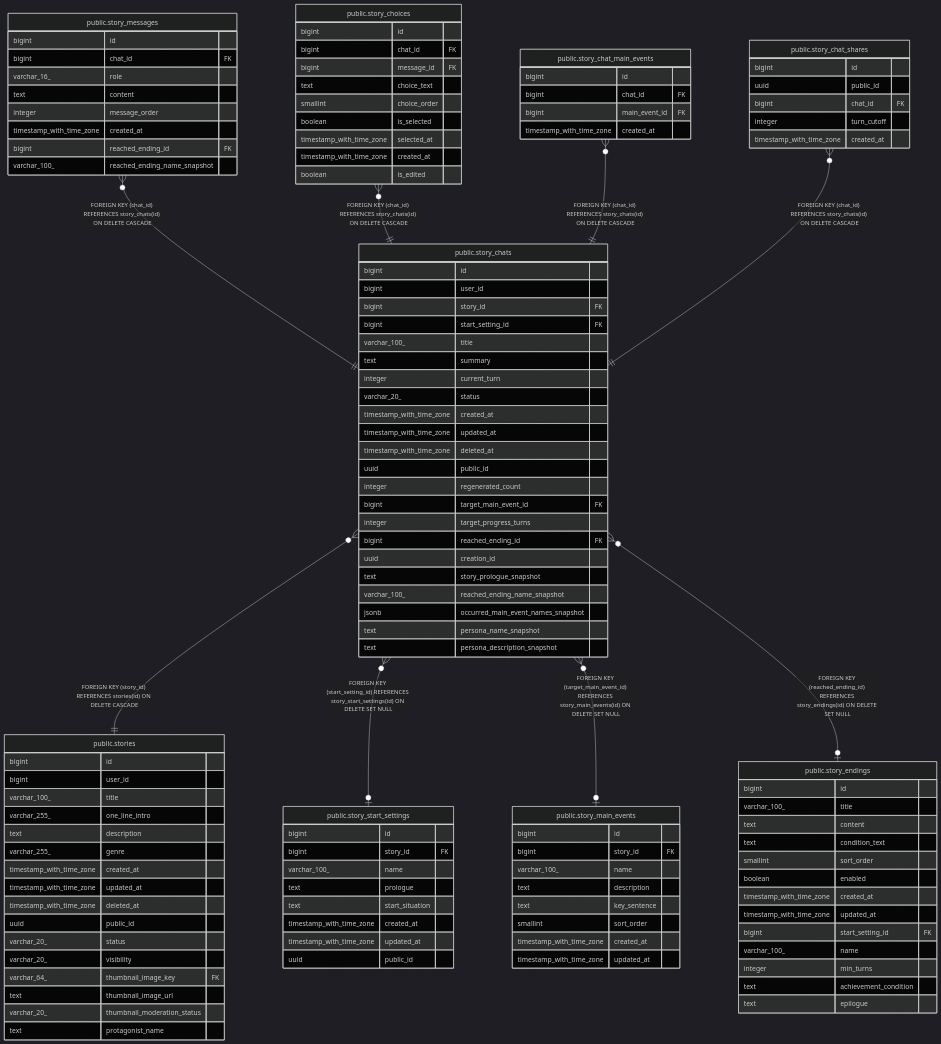
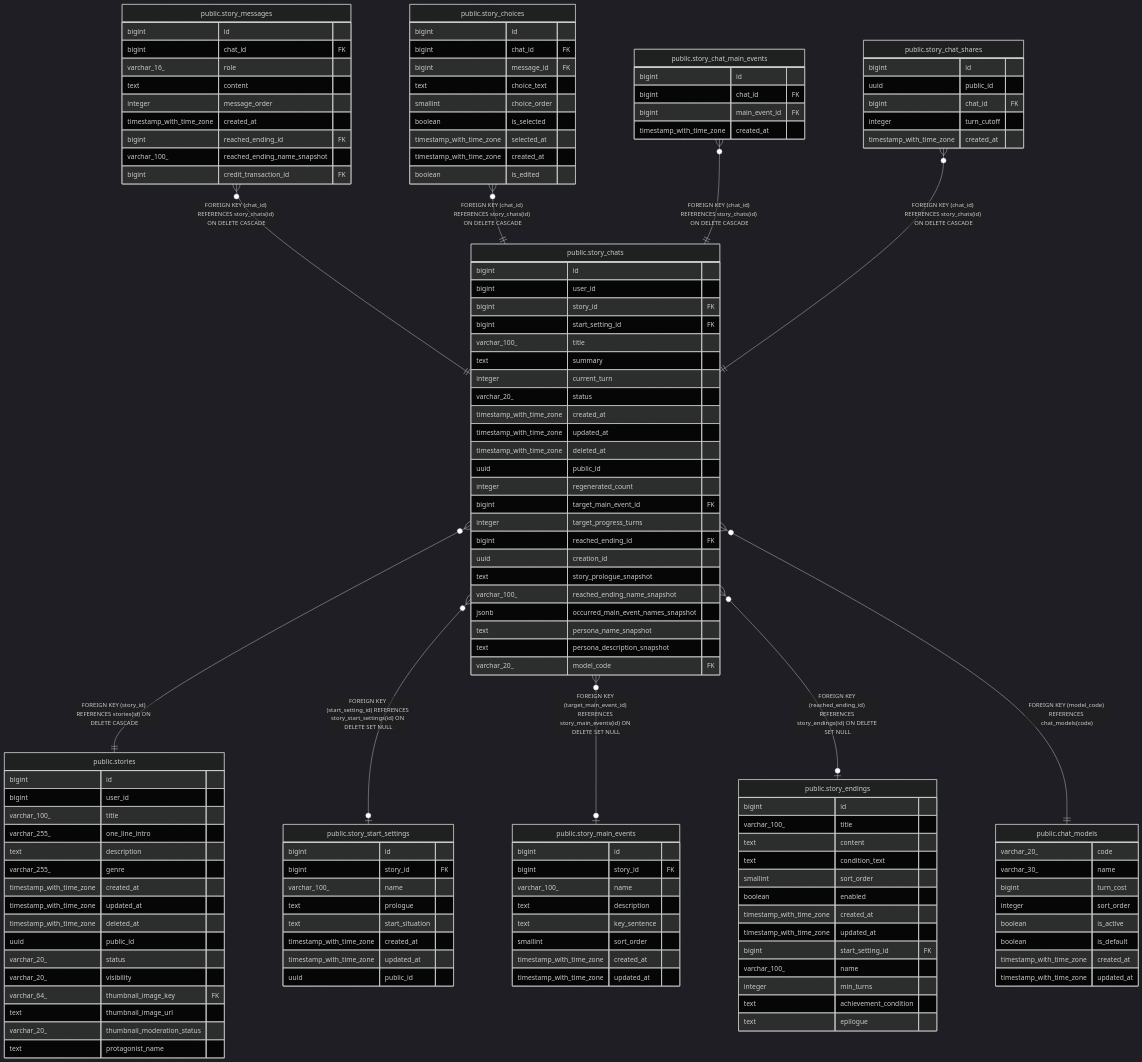
The diagram in dbdoc/public.story_chats.md (KIM-N-KANG/manyak-server), drawn with Mermaid (dark theme) before and after one commit. The commit also changed other lines of this file and 70 other files, not shown here.

````diff
--- a/dbdoc/public.story_chats.md
+++ b/dbdoc/public.story_chats.md
@@ -68,6 +70,7 @@
 "public.story_chats" }o--o| "public.story_start_settings" : "FOREIGN KEY (start_setting_id) REFERENCES story_start_settings(id) ON DELETE SET NULL"
 "public.story_chats" }o--o| "public.story_main_events" : "FOREIGN KEY (target_main_event_id) REFERENCES story_main_events(id) ON DELETE SET NULL"
 "public.story_chats" }o--o| "public.story_endings" : "FOREIGN KEY (reached_ending_id) REFERENCES story_endings(id) ON DELETE SET NULL"
+"public.story_chats" }o--|| "public.chat_models" : "FOREIGN KEY (model_code) REFERENCES chat_models(code)"
 
 "public.story_chats" {
   bigint id
@@ -92,6 +95,7 @@
   jsonb occurred_main_event_names_snapshot
   text persona_name_snapshot
   text persona_description_snapshot
+  varchar_20_ model_code FK
 }
 "public.story_messages" {
   bigint id
@@ -102,6 +106,7 @@
   timestamp_with_time_zone created_at
   bigint reached_ending_id FK
   varchar_100_ reached_ending_name_snapshot
+  bigint credit_transaction_id FK
 }
 "public.story_choices" {
   bigint id
@@ -180,4 +185,14 @@
   text achievement_condition
   text epilogue
 }
+"public.chat_models" {
+  varchar_20_ code
+  varchar_30_ name
+  bigint turn_cost
+  integer sort_order
+  boolean is_active
+  boolean is_default
+  timestamp_with_time_zone created_at
+  timestamp_with_time_zone updated_at
+}
 ```
````
